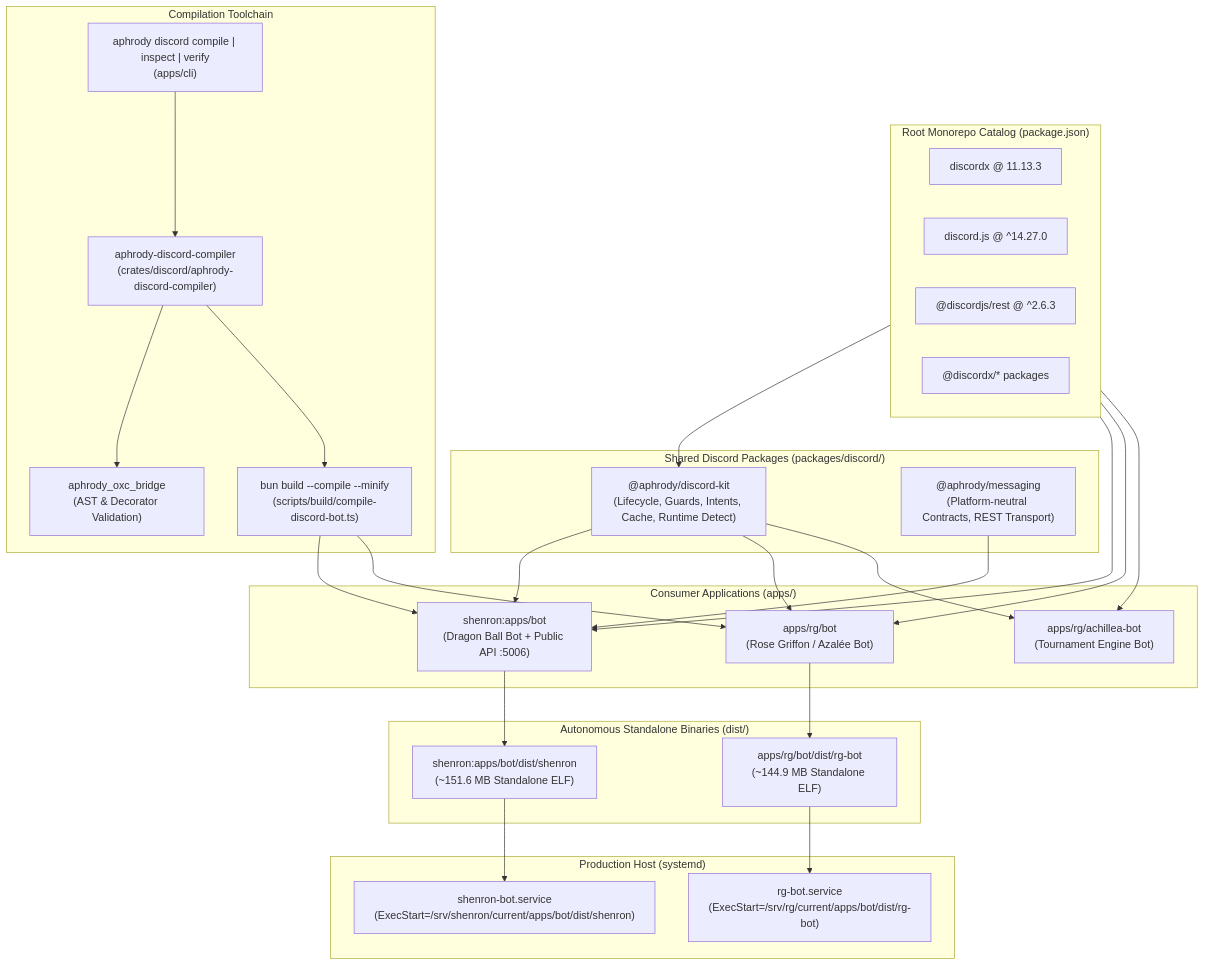
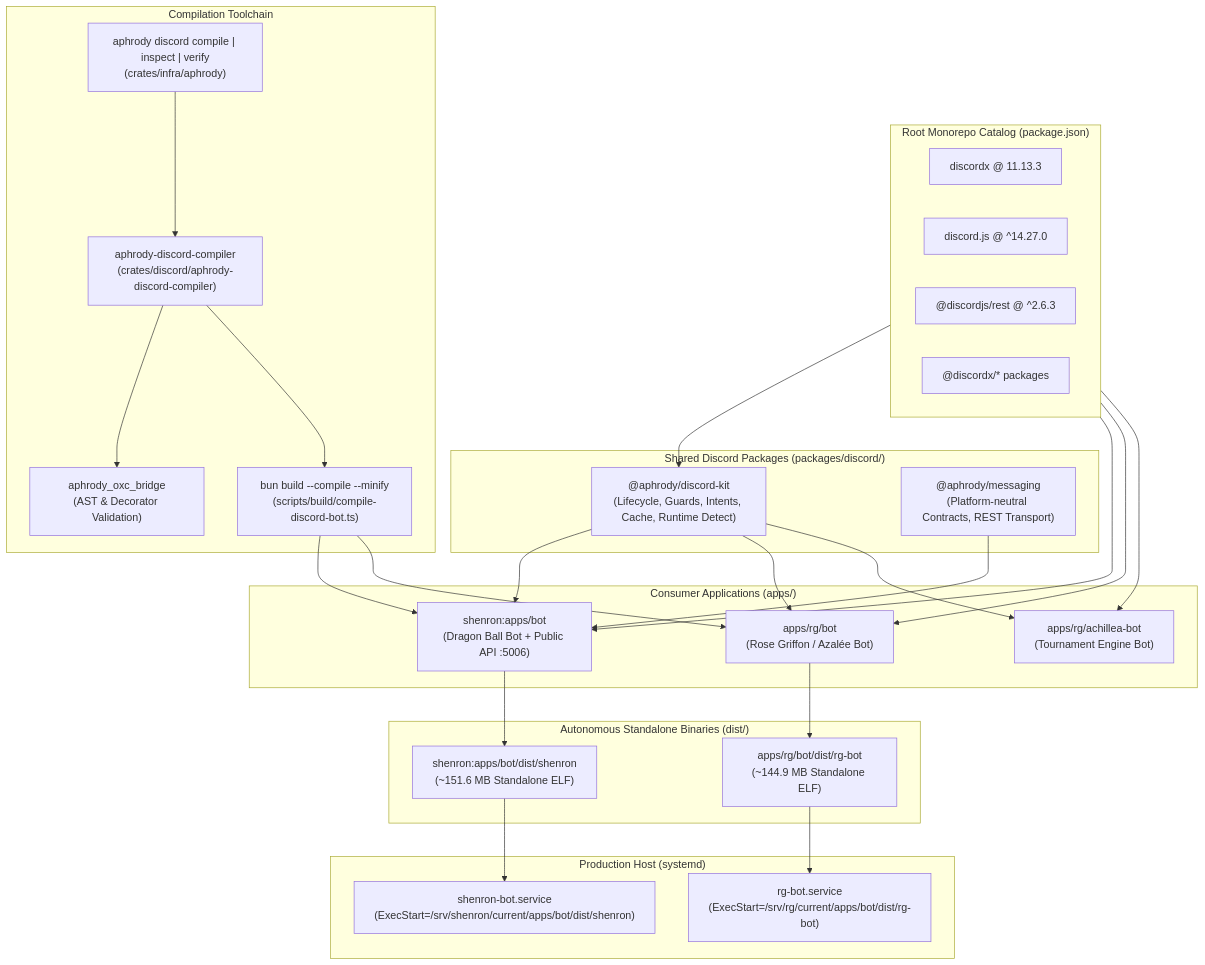
The diagram in docs/architecture/discord/README.md (aphrody-labs/bun-distribution), drawn with Mermaid before and after one commit. The commit also changed 610 other files, not shown here.

````diff
--- a/docs/architecture/discord/README.md
+++ b/docs/architecture/discord/README.md
@@ -18,56 +18,56 @@
 ```mermaid
 flowchart TD
     subgraph Catalog ["Root Monorepo Catalog (package.json)"]
         DEP1["discordx @ 11.13.3"]
         DEP2["discord.js @ ^14.27.0"]
         DEP3["@discordjs/rest @ ^2.6.3"]
         DEP4["@discordx/* packages"]
     end
 
     subgraph Core ["Shared Discord Packages (packages/discord/)"]
         KIT["@aphrody/discord-kit\n(Lifecycle, Guards, Intents, Cache, Runtime Detect)"]
         MSG["@aphrody/messaging\n(Platform-neutral Contracts, REST Transport)"]
     end
 
     subgraph Toolchain ["Compilation Toolchain"]
         RUST["aphrody-discord-compiler\n(crates/discord/aphrody-discord-compiler)"]
-        CLI["aphrody discord compile | inspect | verify\n(apps/cli)"]
+        CLI["aphrody discord compile | inspect | verify\n(crates/infra/aphrody)"]
         OXC["aphrody_oxc_bridge\n(AST & Decorator Validation)"]
         BUN_AOT["bun build --compile --minify\n(scripts/build/compile-discord-bot.ts)"]
     end
 
     subgraph Apps ["Consumer Applications (apps/)"]
         SHENRON["shenron:apps/bot\n(Dragon Ball Bot + Public API :5006)"]
         RG["apps/rg/bot\n(Rose Griffon / Azalée Bot)"]
         ACHILLEA["apps/rg/achillea-bot\n(Tournament Engine Bot)"]
     end
 
     subgraph Binaries ["Autonomous Standalone Binaries (dist/)"]
         BIN_SHENRON["shenron:apps/bot/dist/shenron\n(~151.6 MB Standalone ELF)"]
         BIN_RG["apps/rg/bot/dist/rg-bot\n(~144.9 MB Standalone ELF)"]
     end
 
     subgraph Host ["Production Host (systemd)"]
         SVC_SHENRON["shenron-bot.service\n(ExecStart=/srv/shenron/current/apps/bot/dist/shenron)"]
         SVC_RG["rg-bot.service\n(ExecStart=/srv/rg/current/apps/bot/dist/rg-bot)"]
     end
 
     Catalog --> KIT
     Catalog --> SHENRON
     Catalog --> RG
     Catalog --> ACHILLEA
     KIT --> SHENRON
     KIT --> RG
     KIT --> ACHILLEA
     MSG --> SHENRON
 
     RUST --> OXC
     RUST --> BUN_AOT
     CLI --> RUST
     BUN_AOT --> SHENRON
     BUN_AOT --> RG
     SHENRON --> BIN_SHENRON
     RG --> BIN_RG
     BIN_SHENRON --> SVC_SHENRON
     BIN_RG --> SVC_RG
 ```
````
